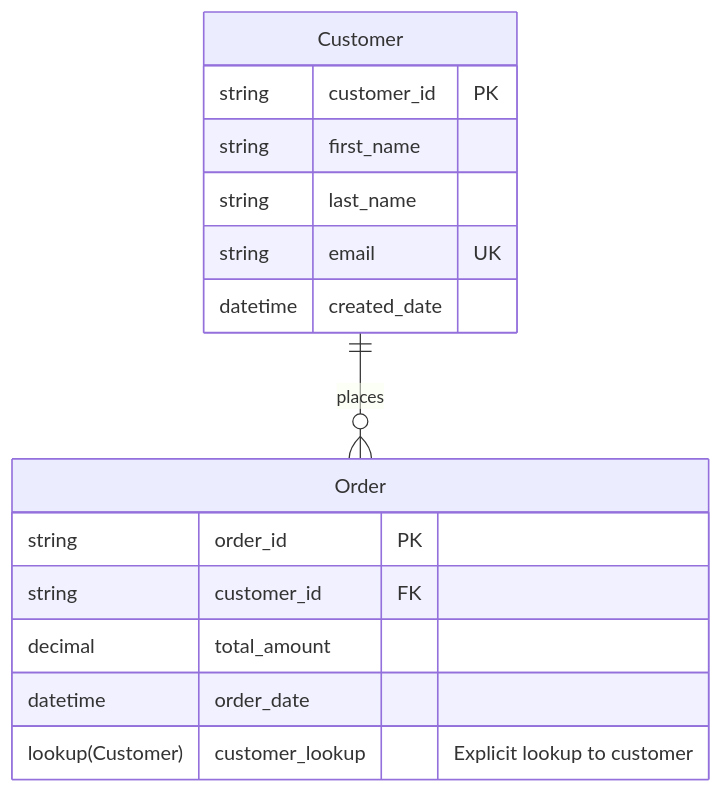
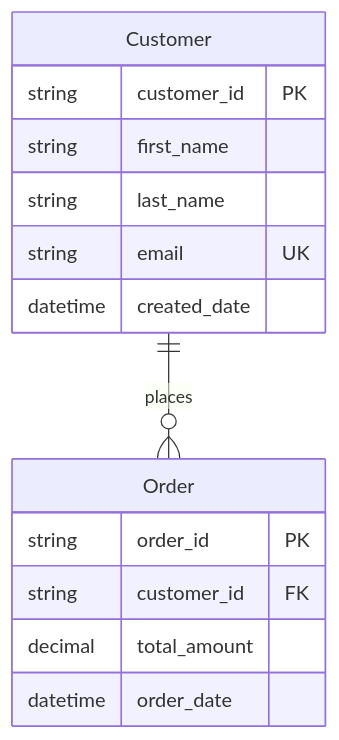
Before and after one commit to LuiseFreese/mermaid: the diagram in README.md, drawn with Mermaid. The commit also changed other lines of this file and 2 other files, not shown here.

````diff
--- a/README.md
+++ b/README.md
@@ -80,20 +61,19 @@
 ```mermaid
 erDiagram
     Customer {
         string customer_id PK
         string first_name
         string last_name
         string email UK
         datetime created_date
     }
     
     Order {
         string order_id PK
         string customer_id FK
         decimal total_amount
         datetime order_date
-        lookup(Customer) customer_lookup "Explicit lookup to customer"
     }
     
     Customer ||--o{ Order : places
 ```
````
